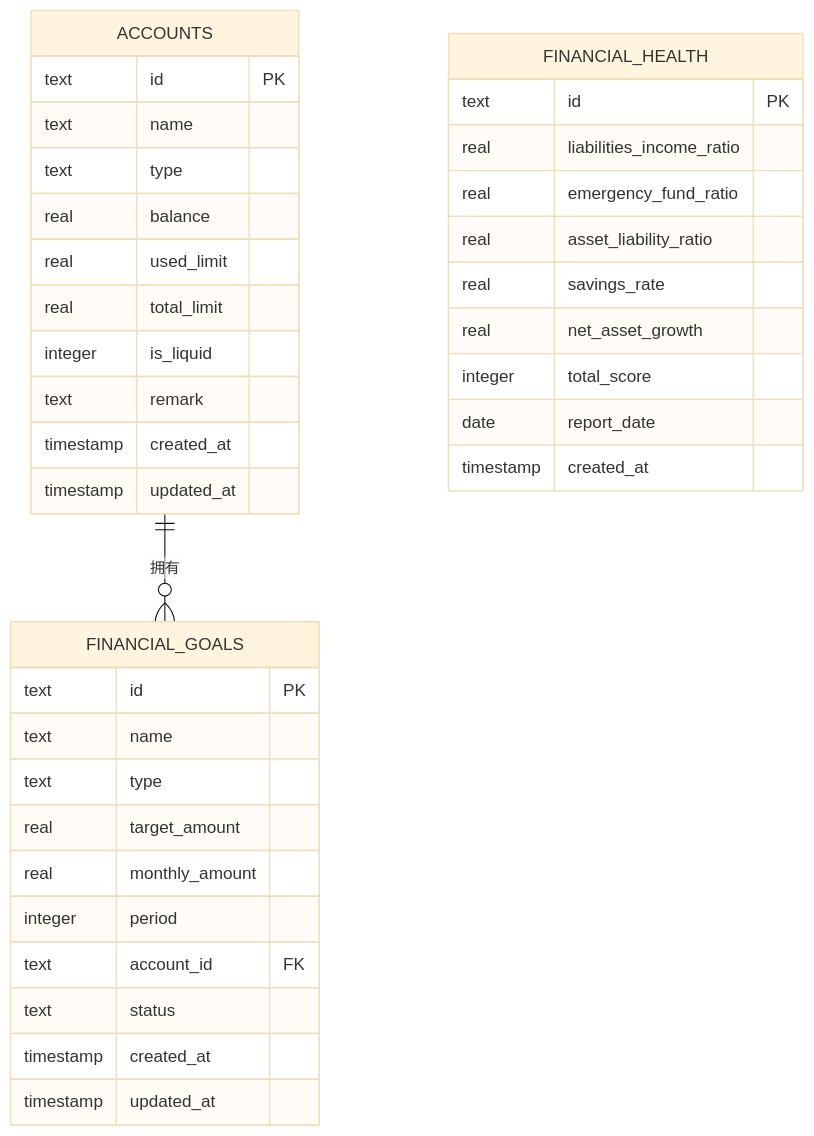
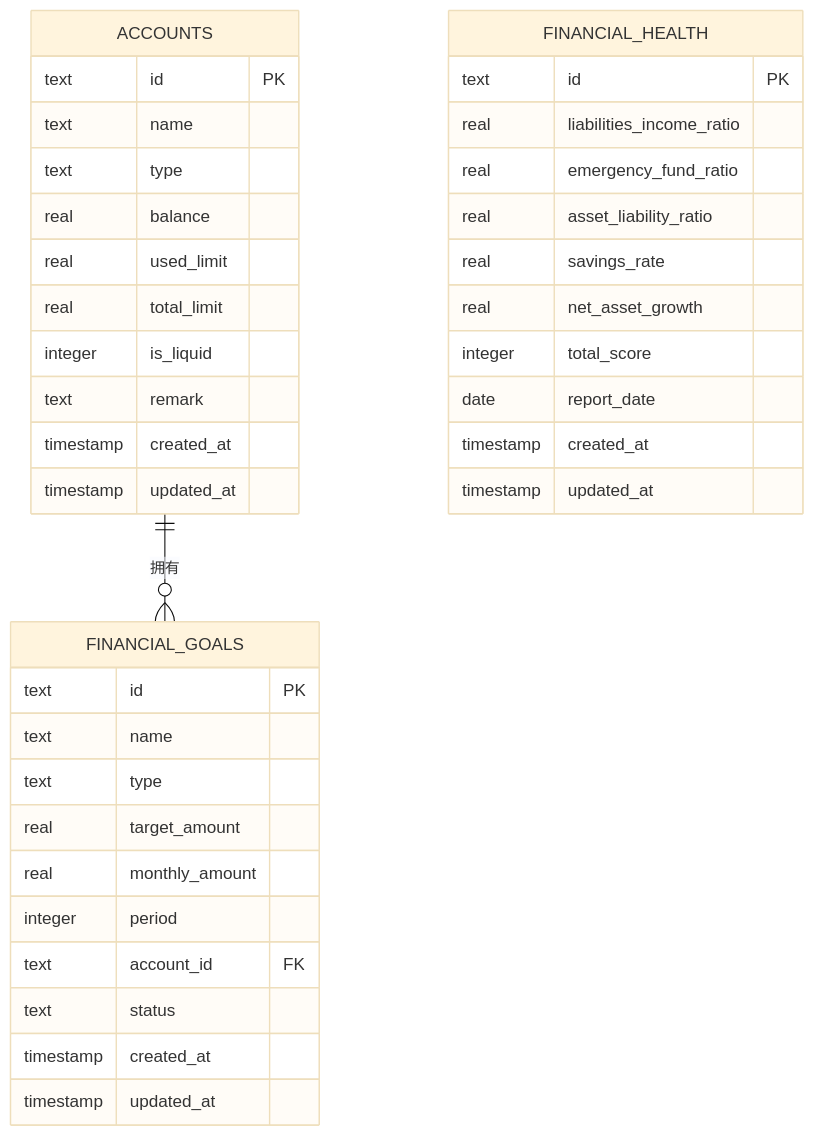
The seventh of 9 diagrams in .qoder/repowiki/zh/content/财务分析/财务分析.md (xiao-lin-unit/yuan), drawn with Mermaid (base theme) before and after one commit. The commit also changed other lines of this file and 16 other files, not shown here.

Commit message:
图片和图标处理

````diff
--- a/.qoder/repowiki/zh/content/财务分析/财务分析.md
+++ b/.qoder/repowiki/zh/content/财务分析/财务分析.md
@@ -276,39 +280,40 @@
 ```mermaid
 erDiagram
 ACCOUNTS {
 text id PK
 text name
 text type
 real balance
 real used_limit
 real total_limit
 integer is_liquid
 text remark
 timestamp created_at
 timestamp updated_at
 }
 FINANCIAL_GOALS {
 text id PK
 text name
 text type
 real target_amount
 real monthly_amount
 integer period
 text account_id FK
 text status
 timestamp created_at
 timestamp updated_at
 }
 FINANCIAL_HEALTH {
 text id PK
 real liabilities_income_ratio
 real emergency_fund_ratio
 real asset_liability_ratio
 real savings_rate
 real net_asset_growth
 integer total_score
 date report_date
 timestamp created_at
+timestamp updated_at
 }
 ACCOUNTS ||--o{ FINANCIAL_GOALS : "拥有"
 ```
````
